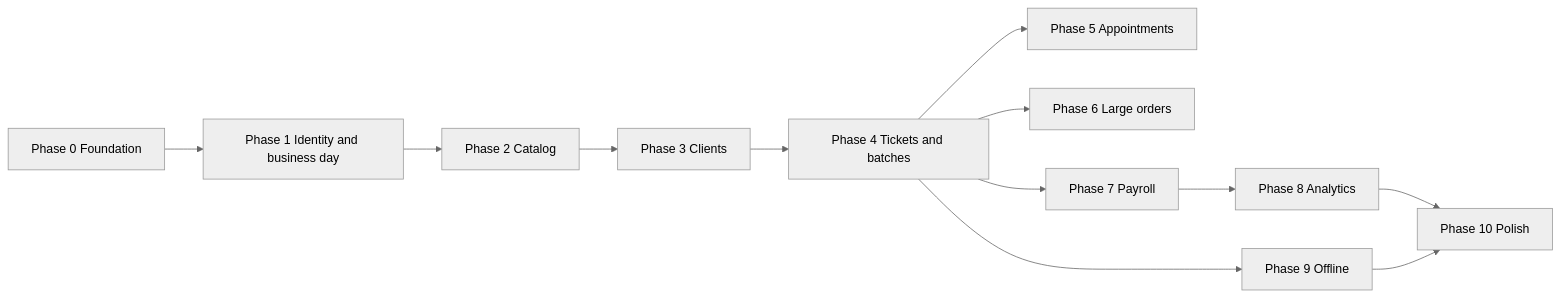
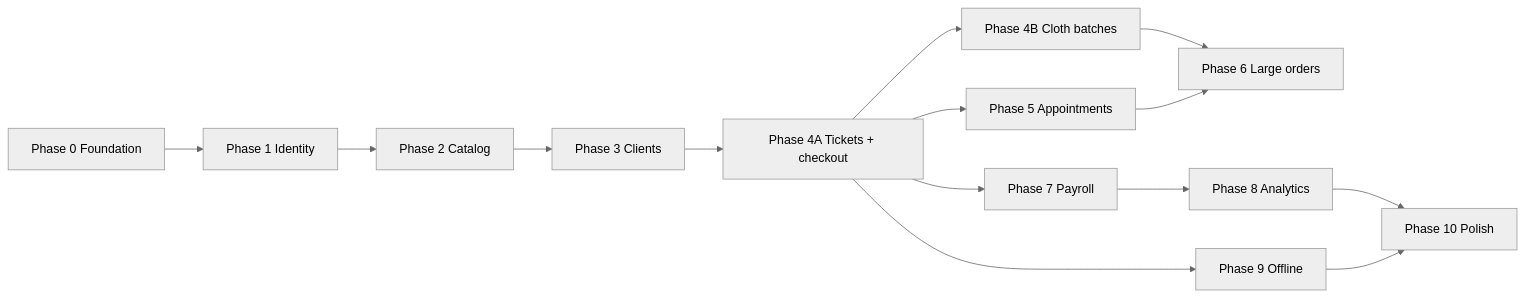
The diagram in docs/project-plan.md (JuanDawd/innovation-befine), drawn with Mermaid (neutral theme) before and after one commit. The commit also changed other lines of this file and 10 other files, not shown here.

````diff
--- a/docs/project-plan.md
+++ b/docs/project-plan.md
@@ -161,22 +183,25 @@
 ```mermaid
 flowchart LR
   P0[Phase 0 Foundation]
-  P1[Phase 1 Identity and business day]
+  P1[Phase 1 Identity]
   P2[Phase 2 Catalog]
   P3[Phase 3 Clients]
-  P4[Phase 4 Tickets and batches]
+  P4A[Phase 4A Tickets + checkout]
+  P4B[Phase 4B Cloth batches]
   P5[Phase 5 Appointments]
   P6[Phase 6 Large orders]
   P7[Phase 7 Payroll]
   P8[Phase 8 Analytics]
   P9[Phase 9 Offline]
   P10[Phase 10 Polish]
 
-  P0 --> P1 --> P2 --> P3 --> P4
-  P4 --> P5
-  P4 --> P6
-  P4 --> P7 --> P8
-  P4 --> P9
+  P0 --> P1 --> P2 --> P3 --> P4A
+  P4A --> P4B
+  P4A --> P5
+  P4B --> P6
+  P5 --> P6
+  P4A --> P7 --> P8
+  P4A --> P9
   P8 --> P10
   P9 --> P10
 ```
````
